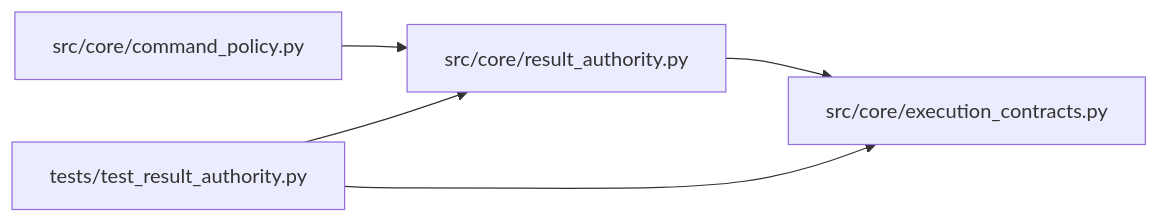
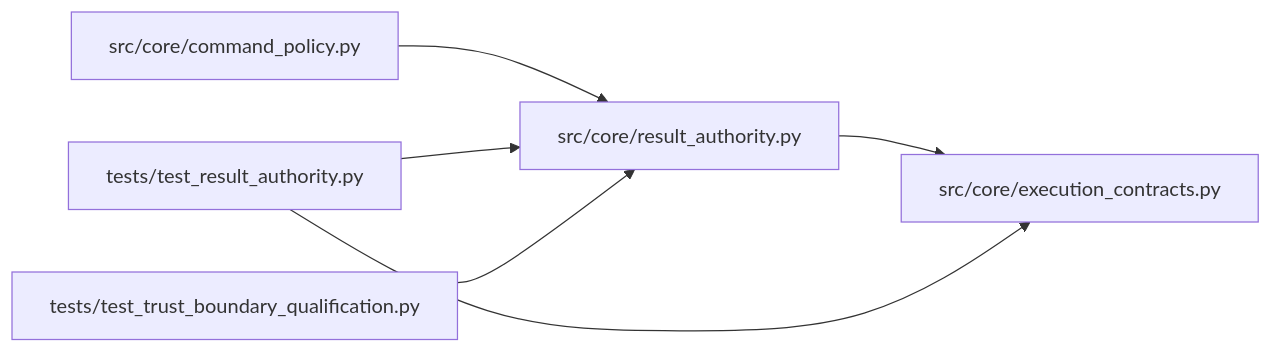
Before and after one commit to Denissvgn/autoresearch-agent: the diagram in docs/llm_wiki/modules/result_authority.md, drawn with Mermaid. The commit also changed other lines of this file and 31 other files, not shown here.

Commit message:
docs(wiki): sync pages for the trusted execution boundary qualification

````diff
--- a/docs/llm_wiki/modules/result_authority.md
+++ b/docs/llm_wiki/modules/result_authority.md
@@ -45,15 +45,18 @@
 ```mermaid
 flowchart LR
     n0["src/core/command_policy.py"]
     n1["src/core/execution_contracts.py"]
     n2["src/core/result_authority.py"]
     n3["tests/test_result_authority.py"]
+    n4["tests/test_trust_boundary_qualification.py"]
     n0 --> n2
     n2 --> n1
     n3 --> n1
     n3 --> n2
+    n4 --> n2
     click n0 "../modules/command_policy.md"
     click n1 "../modules/execution_contracts.md"
     click n2 "../modules/result_authority.md"
     click n3 "../modules/test_result_authority.md"
+    click n4 "../modules/test_trust_boundary_qualification.md"
 ```
````
